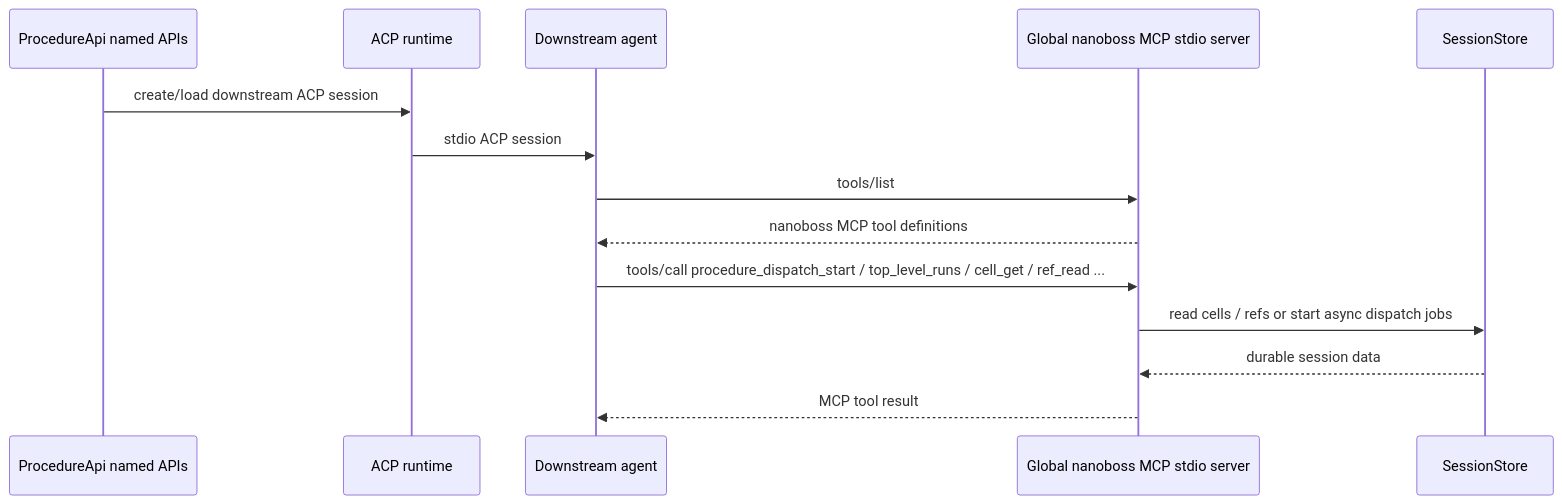
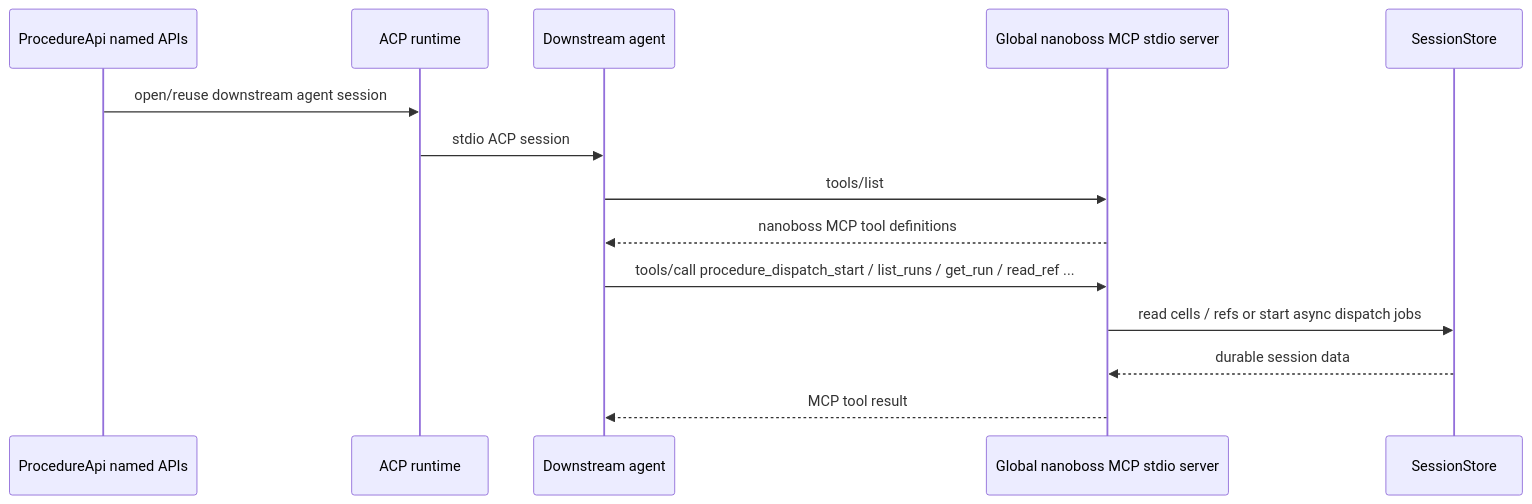
One commit to jflam/nanoboss changed the fifth of 5 diagrams in docs/architecture.md. Above: the diagram before and after it, drawn with Mermaid. The commit also changed other lines of this file and 12 other files, not shown here.

````diff
--- a/docs/architecture.md
+++ b/docs/architecture.md
@@ -192,19 +192,19 @@
 ```mermaid
 sequenceDiagram
   participant Ctx as ProcedureApi named APIs
   participant ACP as ACP runtime
   participant Agent as Downstream agent
   participant MCP as Global nanoboss MCP stdio server
   participant Store as SessionStore
 
-  Ctx->>ACP: create/load downstream ACP session
+  Ctx->>ACP: open/reuse downstream agent session
   ACP->>Agent: stdio ACP session
 
   Agent->>MCP: tools/list
   MCP-->>Agent: nanoboss MCP tool definitions
 
-  Agent->>MCP: tools/call procedure_dispatch_start / top_level_runs / cell_get / ref_read ...
+  Agent->>MCP: tools/call procedure_dispatch_start / list_runs / get_run / read_ref ...
   MCP->>Store: read cells / refs or start async dispatch jobs
   Store-->>MCP: durable session data
   MCP-->>Agent: MCP tool result
 ```
````
